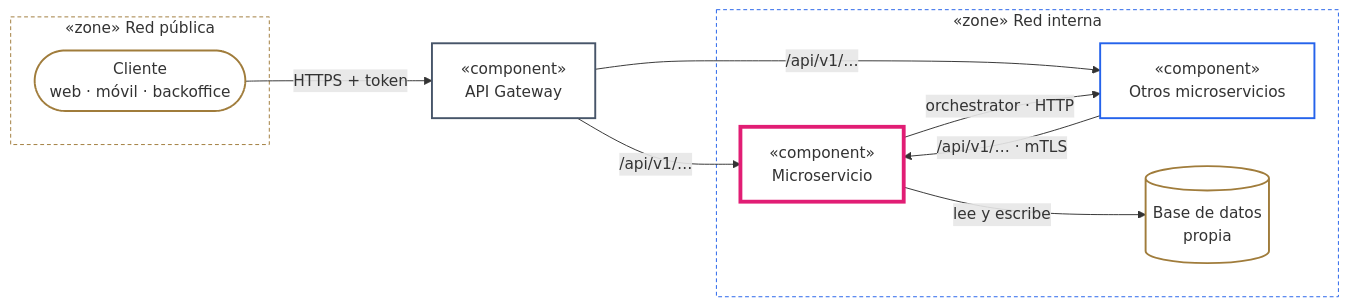
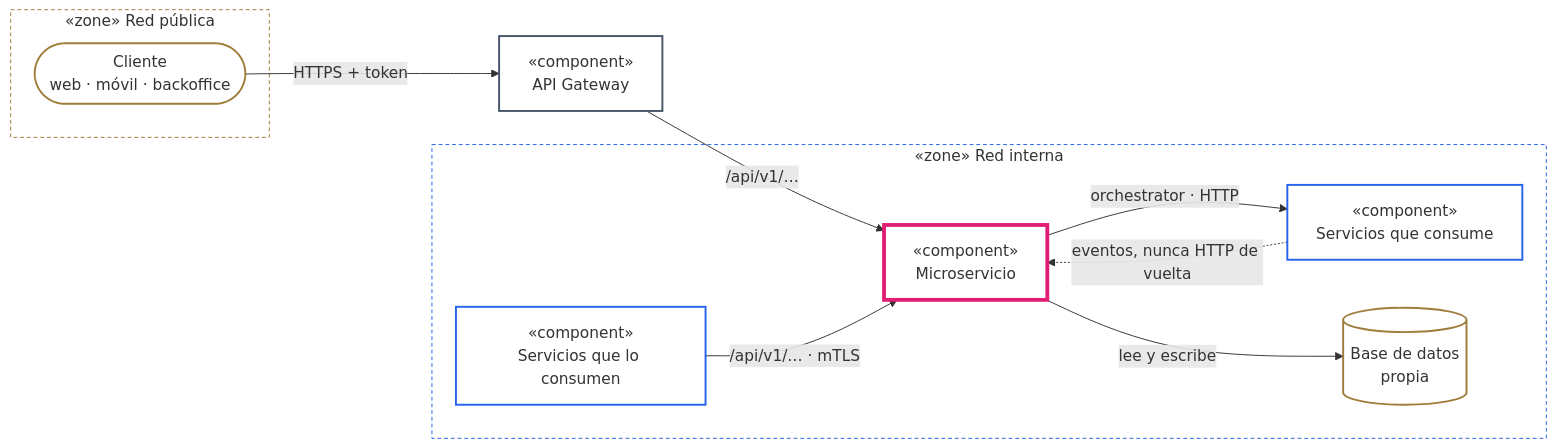
Before and after one commit to pcarroza91/nest-template: the first of 17 diagrams in docs/architecture/guidelines.md, drawn with Mermaid. The commit also changed other lines of this file, not shown here.

First line of the commit message:
docs(architecture): lineamientos del monolito modular con port/adapter

````diff
--- a/docs/architecture/guidelines.md
+++ b/docs/architecture/guidelines.md
@@ -42,32 +43,33 @@
 ```mermaid
 flowchart LR
     subgraph PUB["«zone» Red pública"]
         C(["Cliente<br/>web · móvil · backoffice"])
     end
     GW["«component»<br/>API Gateway"]
     subgraph INT["«zone» Red interna"]
+        UP["«component»<br/>Servicios que lo consumen"]
         MS["«component»<br/>Microservicio"]
-        OTH["«component»<br/>Otros microservicios"]
+        DOWN["«component»<br/>Servicios que consume"]
         DB[("Base de datos<br/>propia")]
     end
 
     C -- "HTTPS + token" --> GW
     GW -- "/api/v1/…" --> MS
-    GW -- "/api/v1/…" --> OTH
-    OTH -- "/api/v1/… · mTLS" --> MS
-    MS -- "orchestrator · HTTP" --> OTH
+    UP -- "/api/v1/… · mTLS" --> MS
+    MS -- "orchestrator · HTTP" --> DOWN
+    DOWN -. "eventos, nunca HTTP de vuelta" .-> MS
     MS -- "lee y escribe" --> DB
 
     classDef zonePub fill:transparent,stroke:#a07c3b,stroke-dasharray:4 3
     classDef zoneInt fill:transparent,stroke:#2563eb,stroke-dasharray:4 3
     classDef ext fill:transparent,stroke:#a07c3b,stroke-width:2px
     classDef gw fill:transparent,stroke:#475569,stroke-width:2px
     classDef other fill:transparent,stroke:#2563eb,stroke-width:2px
     classDef main fill:transparent,stroke:#e11d74,stroke-width:4px
     class PUB zonePub
     class INT zoneInt
     class C,DB ext
     class GW gw
-    class OTH other
+    class UP,DOWN other
     class MS main
 ```
````
